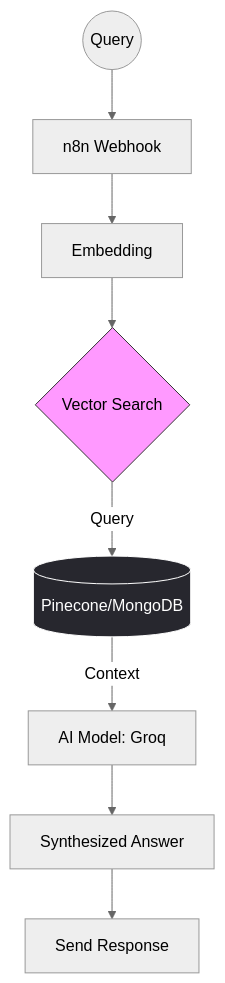
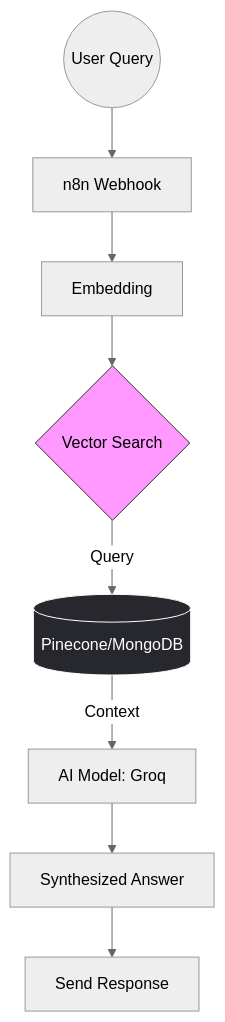
The diagram in README.md (ubachan/Agentic-RAG-Workflow---Intelligent-Knowledge-Base), drawn with Mermaid (neutral theme) before and after one commit. The commit also changed other lines of this file, not shown here.

````diff
--- a/README.md
+++ b/README.md
@@ -8,13 +8,13 @@
 ```mermaid
 graph TD
-  User((Query)) --> Hook[n8n Webhook]
+  User((User Query)) --> Hook[n8n Webhook]
   Hook --> Embed[Embedding]
   Embed --> Search{Vector Search}
   Search -- Query --> PDB[(Pinecone/MongoDB)]
   PDB -- Context --> AI[AI Model: Groq]
   AI --> Result[Synthesized Answer]
   Result --> Response[Send Response]
 
   style Search fill:#f9f,stroke:#333
   style PDB fill:#27272e,stroke:#fff,color:#fff
 ```
````
